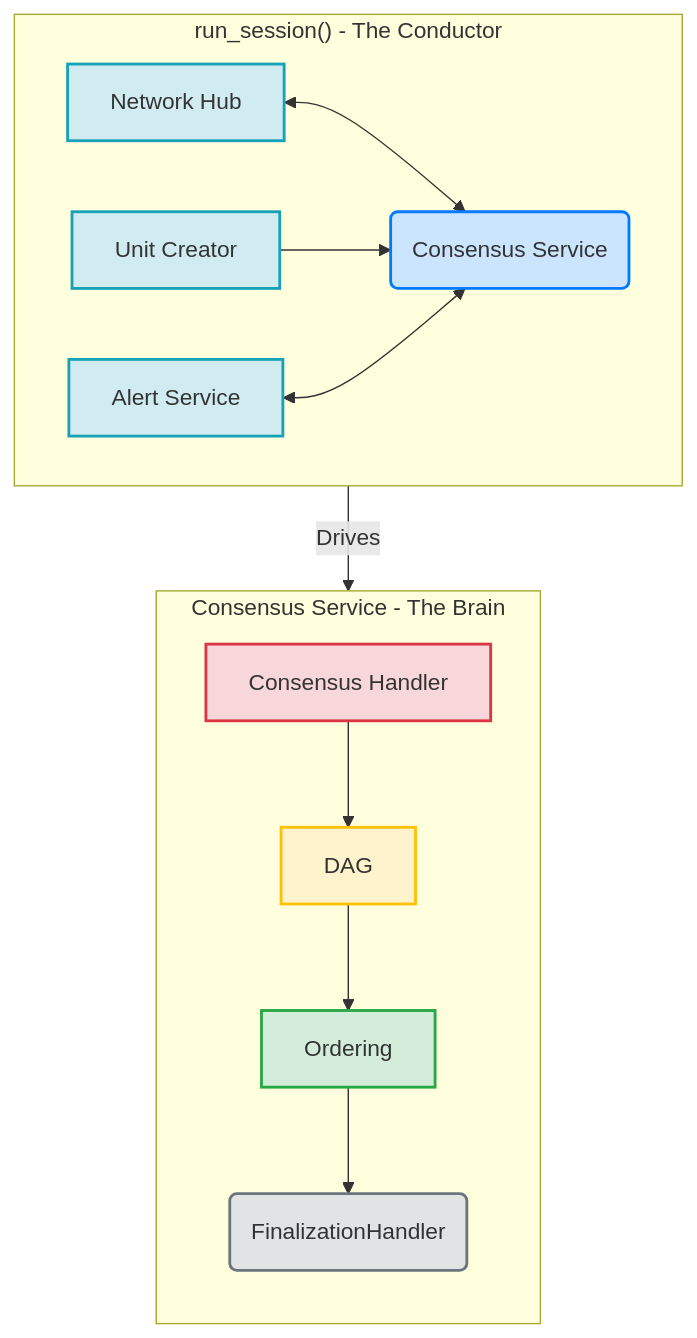
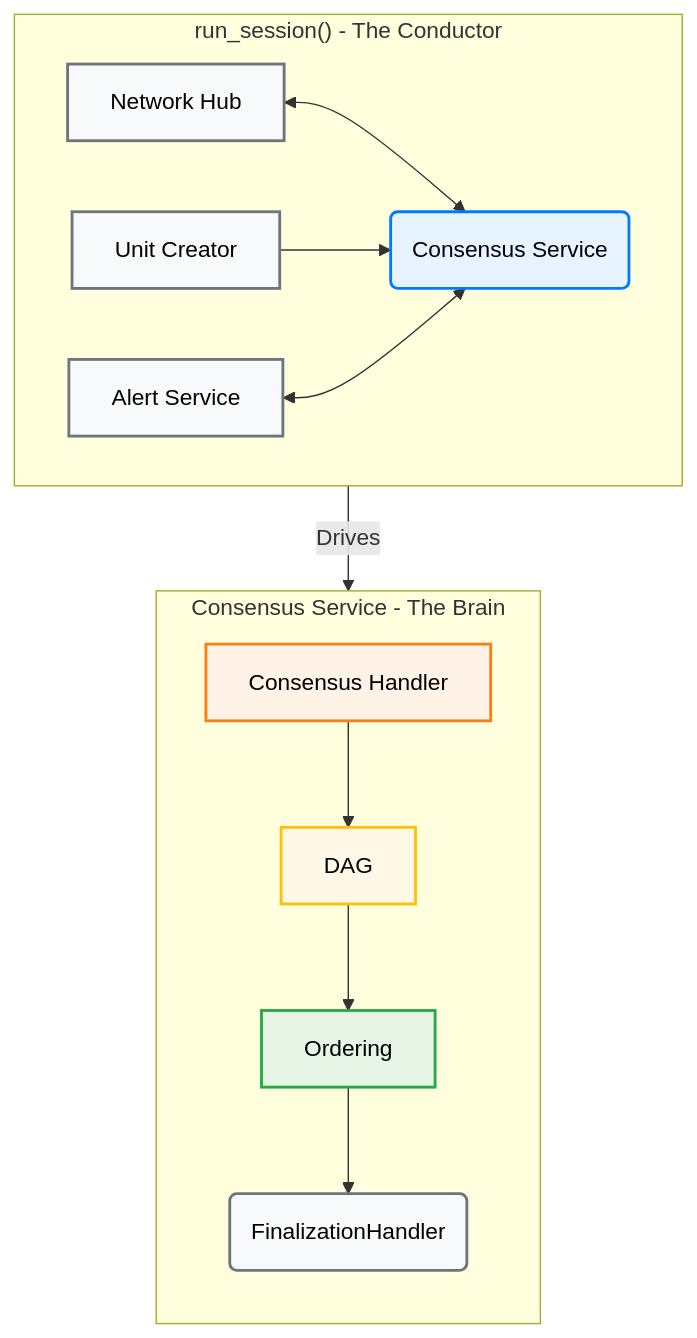
One commit to ljg-cqu/knowledge changed the first of 4 diagrams in Blockchain/Networks/Aleph Zero/AlephBFT/AlephBFT Consensus Protocol- Technical Analysis.md. Above: the diagram before and after it, drawn with Mermaid. The commit also changed other lines of this file, not shown here.

First line of the commit message:
Updates flowchart styles for better readability

````diff
--- a/Blockchain/Networks/Aleph Zero/AlephBFT/AlephBFT Consensus Protocol- Technical Analysis.md
+++ b/Blockchain/Networks/Aleph Zero/AlephBFT/AlephBFT Consensus Protocol- Technical Analysis.md
@@ -11,27 +11,27 @@
 ```mermaid
 flowchart TD
     subgraph "run_session() - The Conductor"
         direction LR
         A[Network Hub] <--> B(Consensus Service)
         C[Unit Creator] --> B
         D[Alert Service] <--> B
     end
 
     subgraph "Consensus Service - The Brain"
         direction TB
         E[Consensus Handler] --> F[DAG]
         F --> G[Ordering]
         G --> H(FinalizationHandler)
     end
 
     B -- Drives --> E
 
-    style A fill:#d1ecf1,stroke:#17a2b8,stroke-width:2px
-    style C fill:#d1ecf1,stroke:#17a2b8,stroke-width:2px
-    style D fill:#d1ecf1,stroke:#17a2b8,stroke-width:2px
-    style B fill:#cce5ff,stroke:#007bff,stroke-width:2px
-    style E fill:#f8d7da,stroke:#dc3545,stroke-width:2px
-    style F fill:#fff3cd,stroke:#ffc107,stroke-width:2px
-    style G fill:#d4edda,stroke:#28a745,stroke-width:2px
-    style H fill:#e2e3e5,stroke:#6c757d,stroke-width:2px
+    style A fill:#f8f9fa,stroke:#6c757d,stroke-width:2px,color:#000
+    style C fill:#f8f9fa,stroke:#6c757d,stroke-width:2px,color:#000
+    style D fill:#f8f9fa,stroke:#6c757d,stroke-width:2px,color:#000
+    style B fill:#e7f3ff,stroke:#007bff,stroke-width:2px,color:#000
+    style E fill:#fff2e7,stroke:#fd7e14,stroke-width:2px,color:#000
+    style F fill:#fff8e7,stroke:#ffc107,stroke-width:2px,color:#000
+    style G fill:#e7f5e7,stroke:#28a745,stroke-width:2px,color:#000
+    style H fill:#f8f9fa,stroke:#6c757d,stroke-width:2px,color:#000
 ```
````
